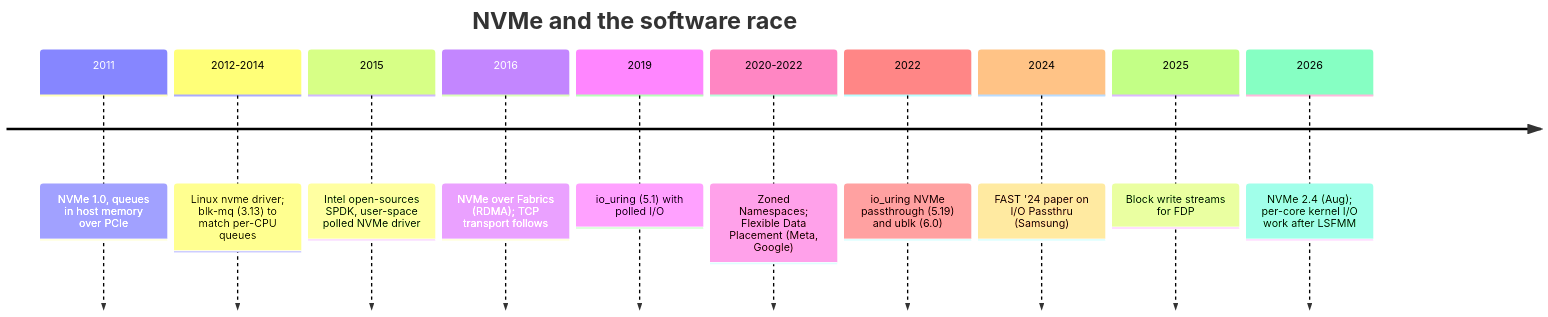
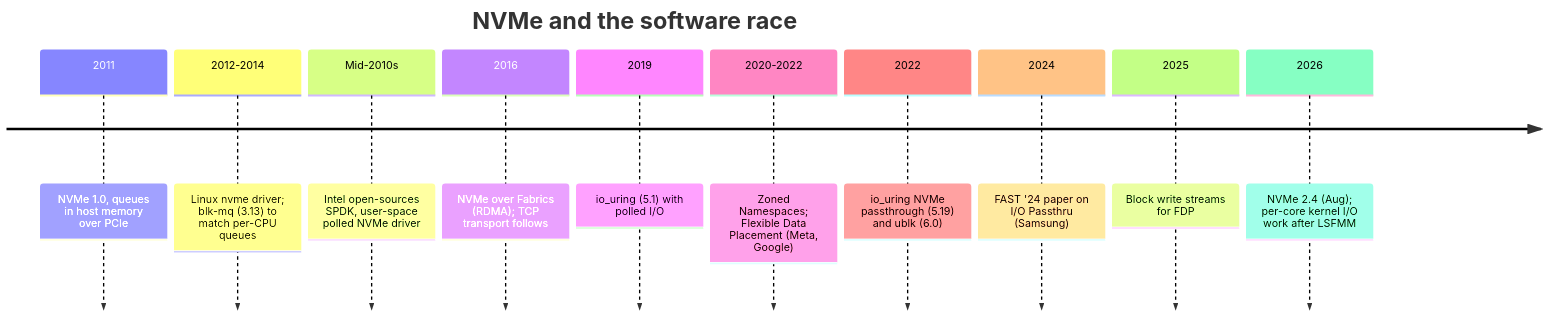
Before and after one commit to ImRuliad/Library-of-Alexandria: the second of 4 diagrams in Operating Systems/IO & Networking/NVMe and User-Space Storage/NVMe and User-Space Storage.md, drawn with Mermaid. The commit also changed other lines of this file and 1 other file, not shown here.

Commit message:
Fact-check Block Layer and NVMe notes against sources; mark complete

````diff
--- a/Operating Systems/IO & Networking/NVMe and User-Space Storage/NVMe and User-Space Storage.md
+++ b/Operating Systems/IO & Networking/NVMe and User-Space Storage/NVMe and User-Space Storage.md
@@ -115,14 +115,14 @@
 ```mermaid
 timeline
     title NVMe and the software race
     2011 : NVMe 1.0, queues in host memory over PCIe
     2012-2014 : Linux nvme driver; blk-mq (3.13) to match per-CPU queues
-    2015 : Intel open-sources SPDK, user-space polled NVMe driver
+    Mid-2010s : Intel open-sources SPDK, user-space polled NVMe driver
     2016 : NVMe over Fabrics (RDMA); TCP transport follows
     2019 : io_uring (5.1) with polled I/O
     2020-2022 : Zoned Namespaces; Flexible Data Placement (Meta, Google)
     2022 : io_uring NVMe passthrough (5.19) and ublk (6.0)
     2024 : FAST '24 paper on I/O Passthru (Samsung)
     2025 : Block write streams for FDP
     2026 : NVMe 2.4 (Aug); per-core kernel I/O work after LSFMM
 ```
````
